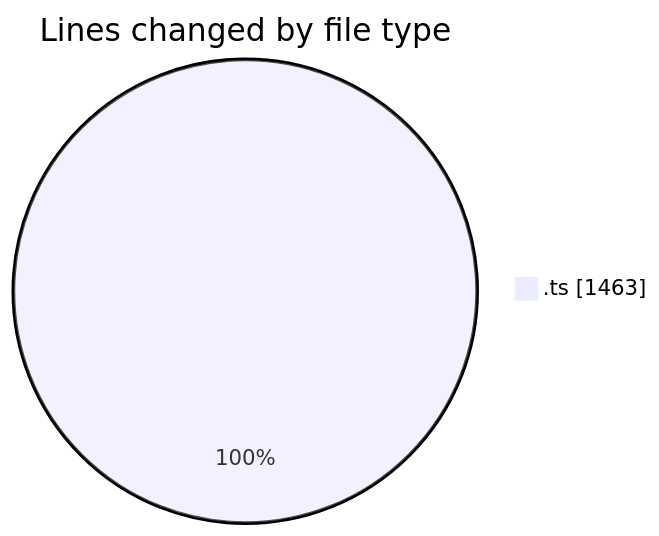
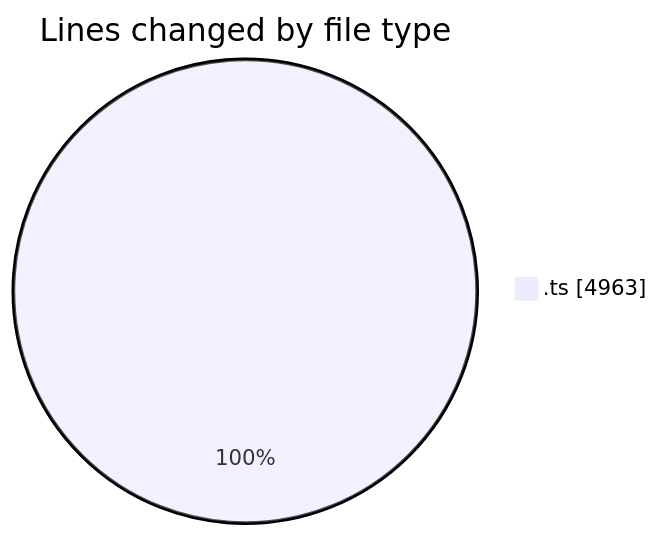
The first of 2 diagrams in 2026-10-08/cda/README.md (momahboobian/code-tracking), drawn with Mermaid before and after one commit. The commit also changed other lines of this file and 1 other file, not shown here.

````diff
--- a/2026-10-08/cda/README.md
+++ b/2026-10-08/cda/README.md
@@ -23,5 +25,5 @@
 ```mermaid
 pie showData
 title Lines changed by file type
-".ts" : 1463
+".ts" : 4963
 ```
````
